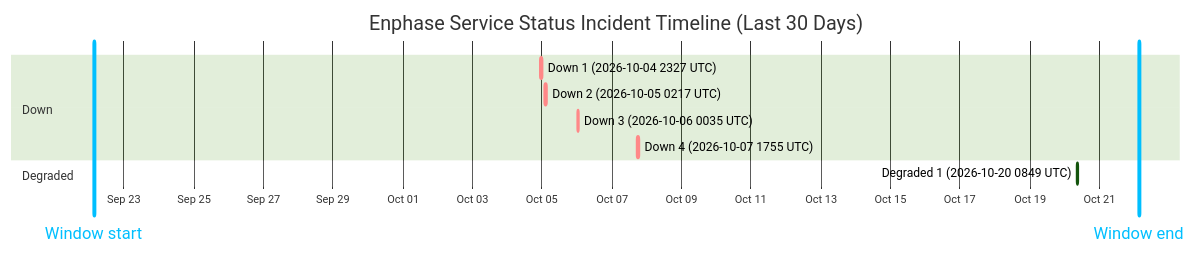
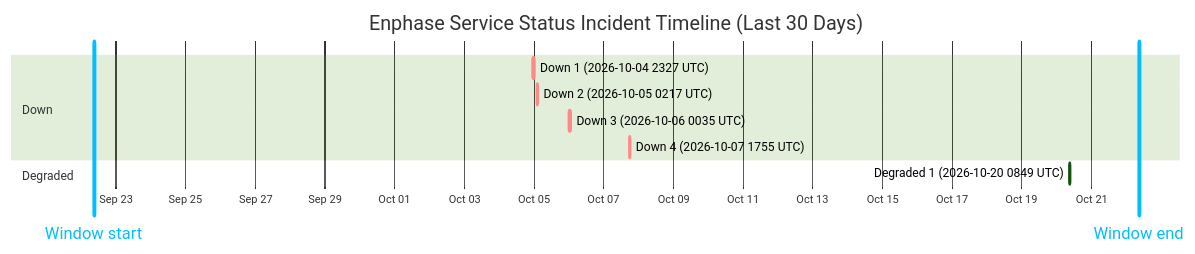
One commit to barneyonline/ha-enphase-energy changed the diagram in wiki/Service-Status-History.md. Above: the diagram before and after it, drawn with Mermaid (forest theme). The commit also changed other lines of this file and 3 other files, not shown here.

````diff
--- a/wiki/Service-Status-History.md
+++ b/wiki/Service-Status-History.md
@@ -14,15 +14,15 @@
 ```mermaid
 gantt
     title Enphase Service Status Incident Timeline (Last 30 Days)
     dateFormat  YYYY-MM-DDTHH:mm:ss
     axisFormat  %b %d
-    Window start :vert, window-start, 2026-09-22T03:22:41, 0ms
-    Window end :vert, window-end, 2026-10-22T03:22:41, 0ms
+    Window start :vert, window-start, 2026-09-22T08:49:49, 0ms
+    Window end :vert, window-end, 2026-10-22T08:49:49, 0ms
     section Down
     Down 1 (2026-10-04 2327 UTC) :crit, down-1, 2026-10-04T23:27:34, 60m
     Down 2 (2026-10-05 0217 UTC) :crit, down-2, 2026-10-05T02:17:30, 60m
     Down 3 (2026-10-06 0035 UTC) :crit, down-3, 2026-10-06T00:35:21, 60m
     Down 4 (2026-10-07 1755 UTC) :crit, down-4, 2026-10-07T17:55:16, 60m
     section Degraded
     Degraded 1 (2026-10-20 0849 UTC) :active, degraded-1, 2026-10-20T08:49:49, 60m
 ```
````
